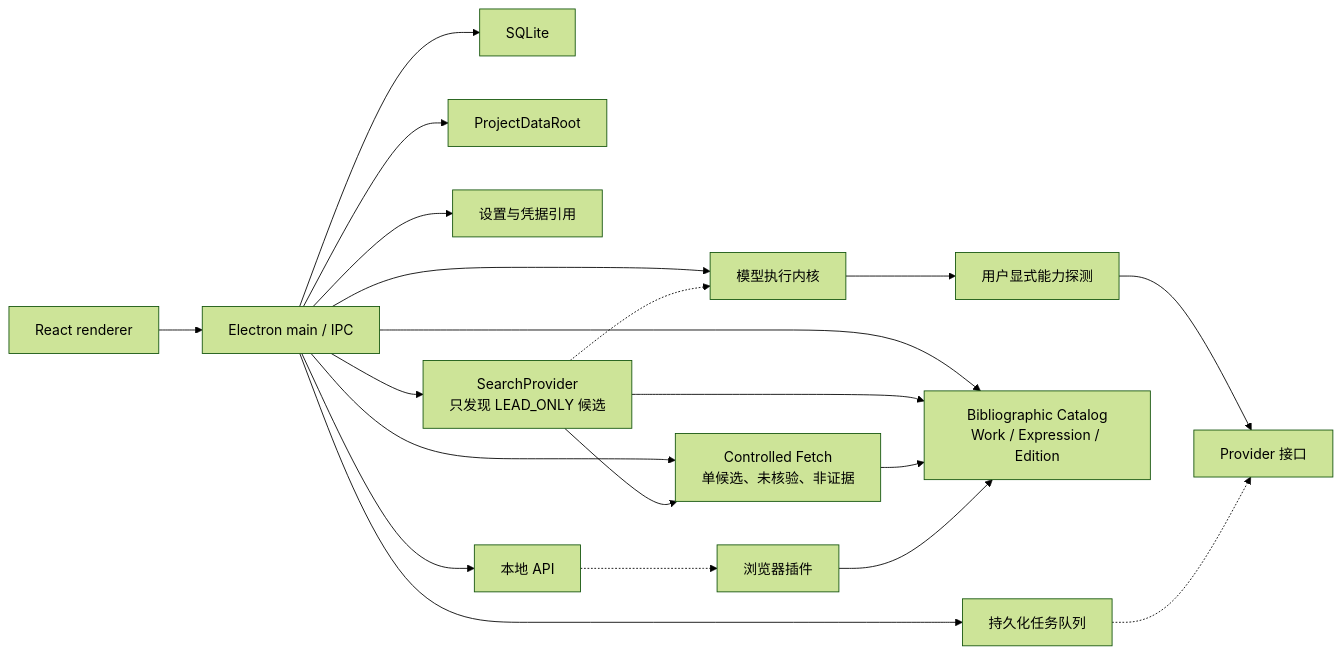
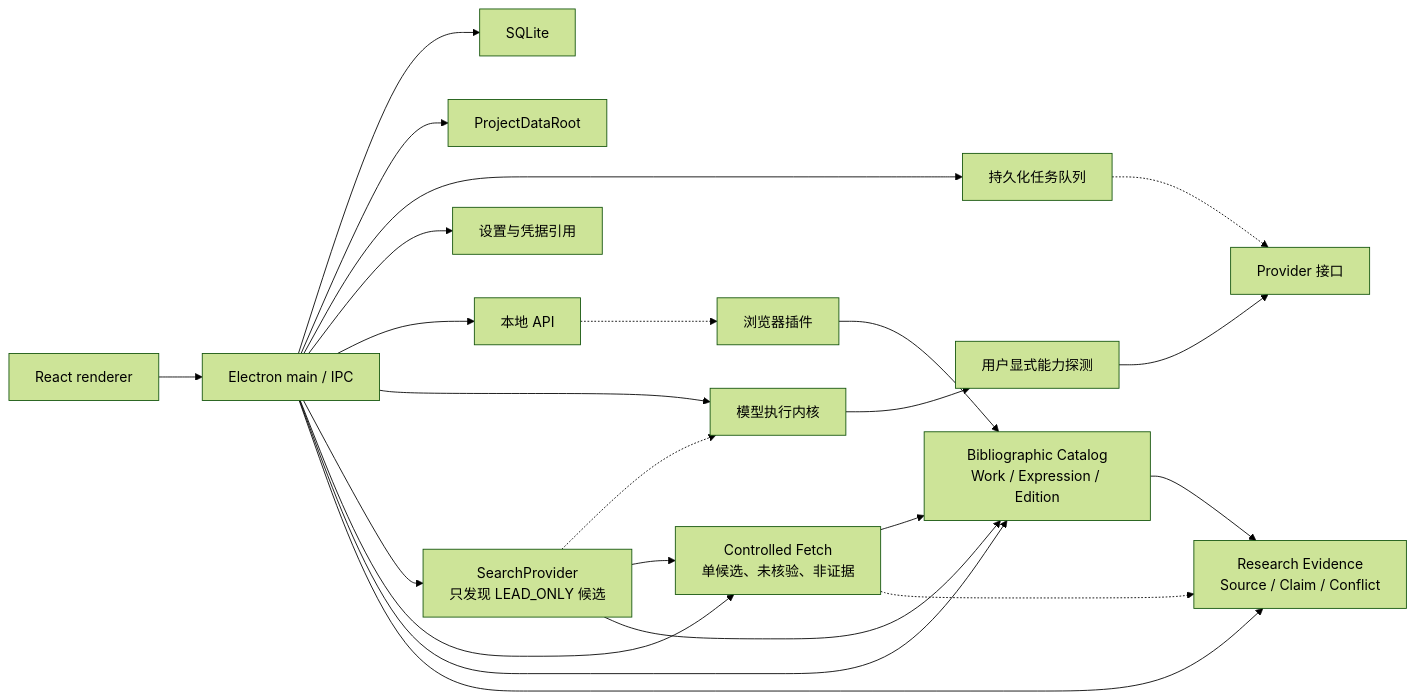
Before and after one commit to KAtOReNA7/Rednote-Automated-Operation-Tool: the second of 2 diagrams in README.md, drawn with Mermaid (forest theme). The commit also changed other lines of this file and 77 other files, not shown here.

Commit message:
feat(research): add source evidence and conflict handling

````diff
--- a/README.md
+++ b/README.md
@@ -141,22 +144,25 @@
 ```mermaid
 flowchart LR
     UI["React renderer"] --> MAIN["Electron main / IPC"]
     MAIN --> DB["SQLite"]
     MAIN --> FS["ProjectDataRoot"]
     MAIN --> QUEUE["持久化任务队列"]
     MAIN --> SETTINGS["设置与凭据引用"]
     MAIN --> API["本地 API"]
     MAIN --> MODEL["模型执行内核"]
     MAIN --> SEARCH["SearchProvider<br/>只发现 LEAD_ONLY 候选"]
     MAIN --> FETCH["Controlled Fetch<br/>单候选、未核验、非证据"]
     MAIN --> CATALOG["Bibliographic Catalog<br/>Work / Expression / Edition"]
+    MAIN --> EVIDENCE["Research Evidence<br/>Source / Claim / Conflict"]
     MODEL --> PROBE["用户显式能力探测"]
     PROBE --> PROVIDERS["Provider 接口"]
     API -.-> CLIPPER["浏览器插件"]
     QUEUE -.-> PROVIDERS
     SEARCH -.-> MODEL
     SEARCH --> FETCH
     SEARCH --> CATALOG
     FETCH --> CATALOG
     CLIPPER --> CATALOG
+    FETCH -.-> EVIDENCE
+    CATALOG --> EVIDENCE
 ```
````
